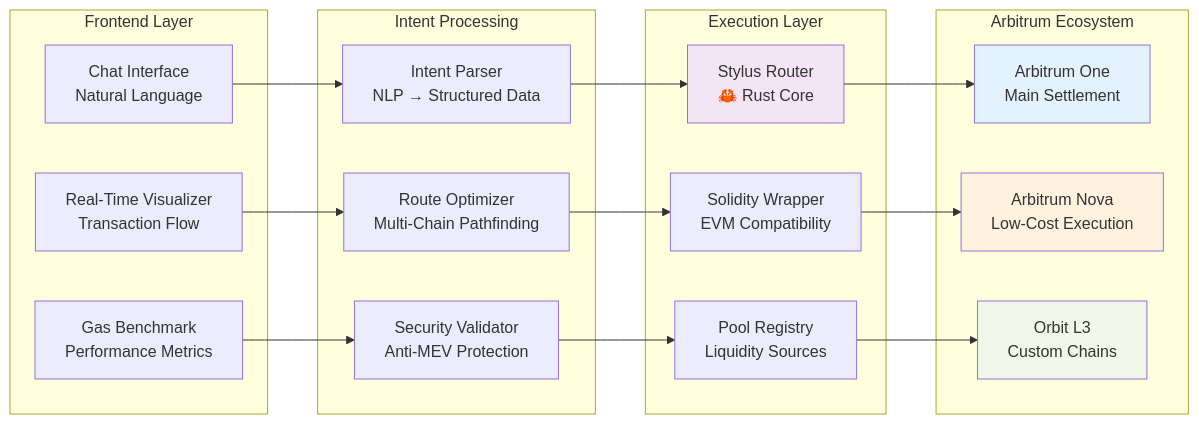
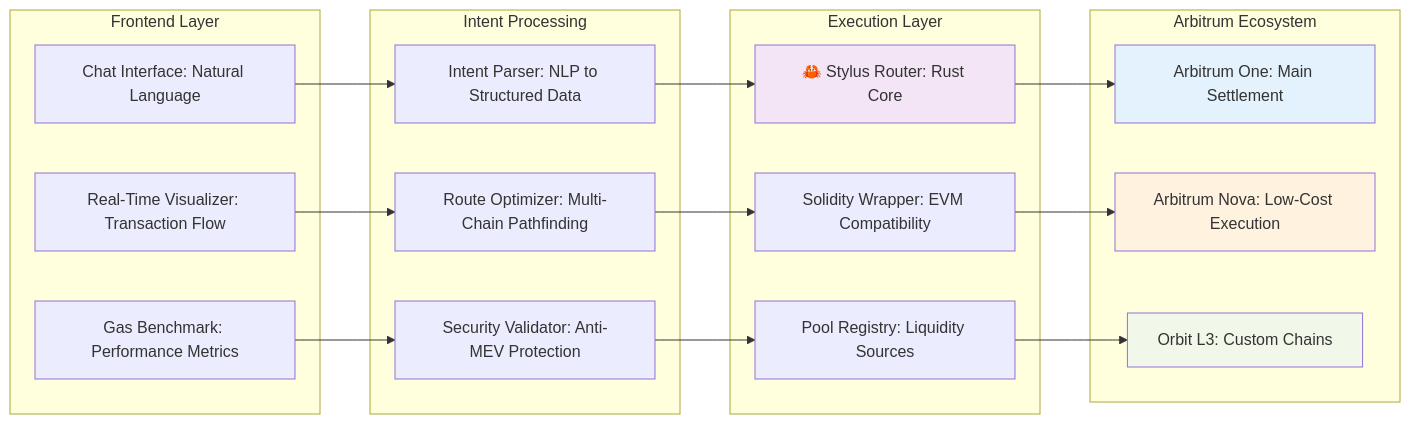
One commit to Aaditya1273/AquaFlow changed the second of 5 diagrams in README.md. Above: the diagram before and after it, drawn with Mermaid. The commit also changed other lines of this file, not shown here.

````diff
--- a/README.md
+++ b/README.md
@@ -58,41 +58,41 @@
 ```mermaid
 flowchart LR
     subgraph "Frontend Layer"
-        A[Chat Interface<br/>Natural Language]
-        B[Real-Time Visualizer<br/>Transaction Flow]
-        C[Gas Benchmark<br/>Performance Metrics]
+        A["Chat Interface: Natural Language"]
+        B["Real-Time Visualizer: Transaction Flow"]
+        C["Gas Benchmark: Performance Metrics"]
     end
     
     subgraph "Intent Processing"
-        D[Intent Parser<br/>NLP → Structured Data]
-        E[Route Optimizer<br/>Multi-Chain Pathfinding]
-        F[Security Validator<br/>Anti-MEV Protection]
+        D["Intent Parser: NLP to Structured Data"]
+        E["Route Optimizer: Multi-Chain Pathfinding"]
+        F["Security Validator: Anti-MEV Protection"]
     end
     
     subgraph "Execution Layer"
-        G[Stylus Router<br/>🦀 Rust Core]
-        H[Solidity Wrapper<br/>EVM Compatibility]
-        I[Pool Registry<br/>Liquidity Sources]
+        G["🦀 Stylus Router: Rust Core"]
+        H["Solidity Wrapper: EVM Compatibility"]
+        I["Pool Registry: Liquidity Sources"]
     end
     
     subgraph "Arbitrum Ecosystem"
-        J[Arbitrum One<br/>Main Settlement]
-        K[Arbitrum Nova<br/>Low-Cost Execution]
-        L[Orbit L3<br/>Custom Chains]
+        J["Arbitrum One: Main Settlement"]
+        K["Arbitrum Nova: Low-Cost Execution"]
+        L["Orbit L3: Custom Chains"]
     end
     
     A --> D
     B --> E
     C --> F
     D --> G
     E --> H
     F --> I
     G --> J
     H --> K
     I --> L
     
     style G fill:#f3e5f5
     style J fill:#e3f2fd
     style K fill:#fff3e0
     style L fill:#f1f8e9
 ```
````
